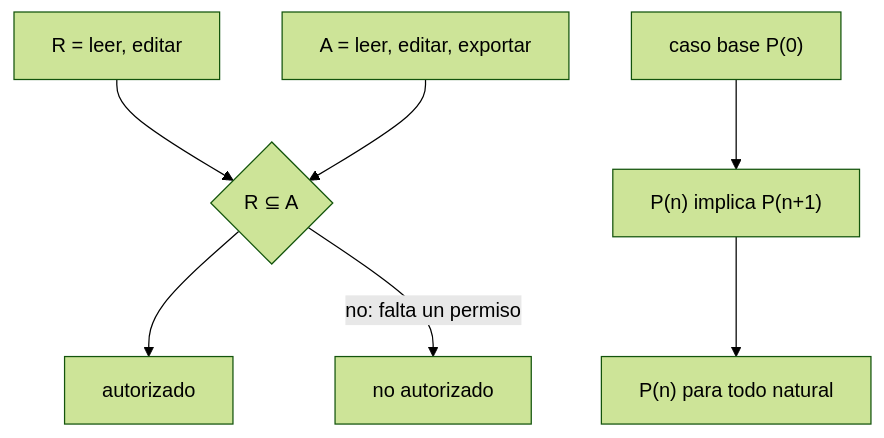
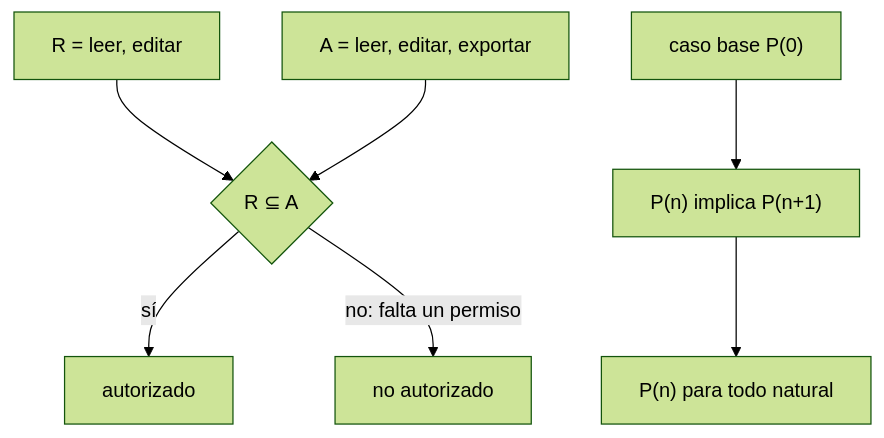
One commit to NICORUIZ93/The_Imperial_Book changed the second of 5 diagrams in web/public/content/foundations/modulo-9.md. Above: the diagram before and after it, drawn with Mermaid (forest theme). The commit also changed other lines of this file, not shown here.

````diff
--- a/web/public/content/foundations/modulo-9.md
+++ b/web/public/content/foundations/modulo-9.md
@@ -99,8 +678,8 @@
 ```mermaid
 flowchart TD
     R["R = leer, editar"] --> CHECK{"R ⊆ A"}
     A["A = leer, editar, exportar"] --> CHECK
-    CHECK --> AUTH["autorizado"]
+    CHECK -->|"sí"| AUTH["autorizado"]
     CHECK -->|"no: falta un permiso"| DENY["no autorizado"]
     BASE["caso base P(0)"] --> STEP["P(n) implica P(n+1)"] --> ALL["P(n) para todo natural"]
 ```
````
